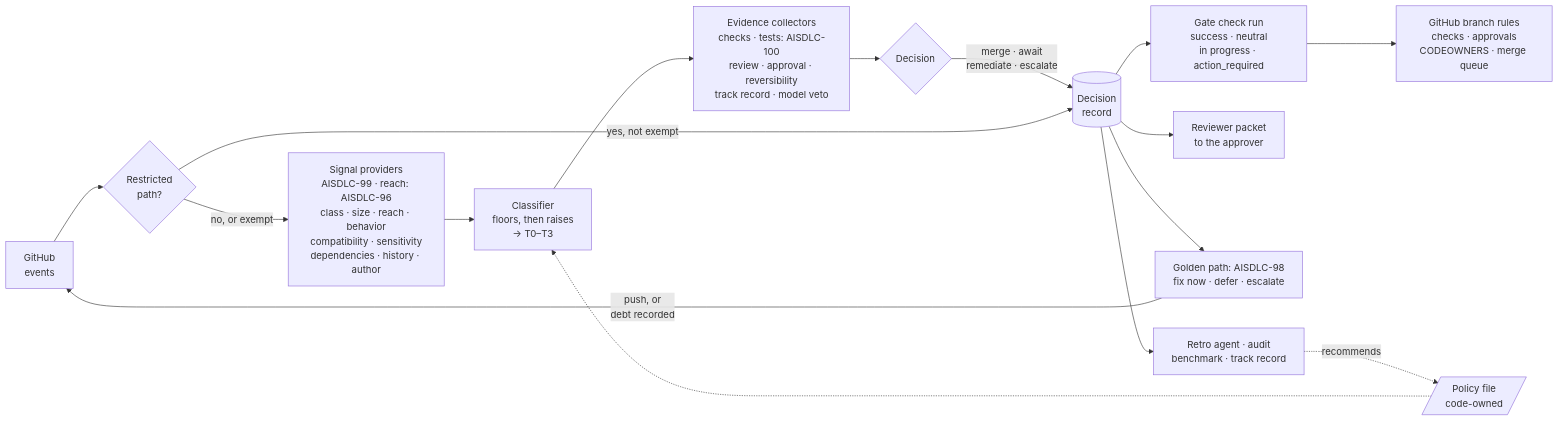
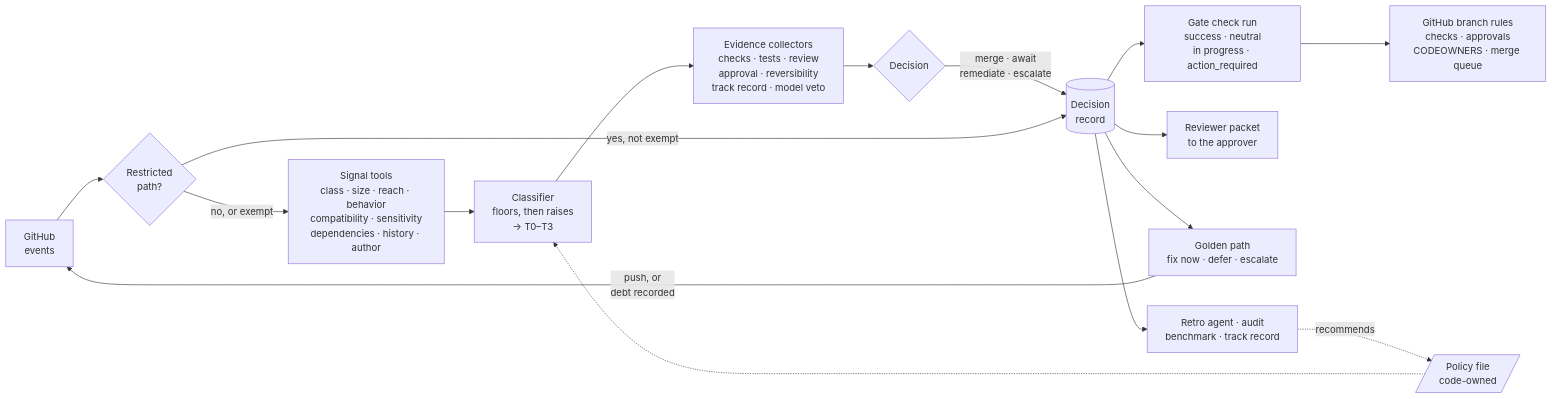
The first of 2 diagrams in docs/proposals/aisdlc-97-architecture-proposal.md (guyoron1/fullsend), drawn with Mermaid before and after one commit. The commit also changed other lines of this file, not shown here.

First line of the commit message:
docs: AISDLC-97 architecture proposal, final review version

````diff
--- a/docs/proposals/aisdlc-97-architecture-proposal.md
+++ b/docs/proposals/aisdlc-97-architecture-proposal.md
@@ -81,17 +36,17 @@
 ```mermaid
 flowchart LR
   EV[GitHub<br/>events] --> RP{Restricted<br/>path?}
-  RP -- no, or exempt --> SIG["Signal providers<br/>AISDLC-99 · reach: AISDLC-96<br/>class · size · reach · behavior<br/>compatibility · sensitivity<br/>dependencies · history · author"]
+  RP -- no, or exempt --> SIG["Signal tools<br/>class · size · reach · behavior<br/>compatibility · sensitivity<br/>dependencies · history · author"]
   SIG --> CLS[Classifier<br/>floors, then raises<br/>→ T0–T3]
-  CLS --> EVD["Evidence collectors<br/>checks · tests: AISDLC-100<br/>review · approval · reversibility<br/>track record · model veto"]
+  CLS --> EVD["Evidence collectors<br/>checks · tests · review<br/>approval · reversibility<br/>track record · model veto"]
   EVD --> DEC{Decision}
   DEC -- merge · await<br/>remediate · escalate --> REC[(Decision<br/>record)]
   RP -- yes, not exempt --> REC
   REC --> CHK[Gate check run<br/>success · neutral<br/>in progress · action_required] --> GH[GitHub branch rules<br/>checks · approvals<br/>CODEOWNERS · merge queue]
   REC --> PKT[Reviewer packet<br/>to the approver]
-  REC --> DEBT[Golden path: AISDLC-98<br/>fix now · defer · escalate]
+  REC --> DEBT[Golden path<br/>fix now · defer · escalate]
   DEBT -- push, or<br/>debt recorded --> EV
   REC --> POST[Retro agent · audit<br/>benchmark · track record]
   POST -. recommends .-> POL[/Policy file<br/>code-owned/]
   POL -.-> CLS
 ```
````
